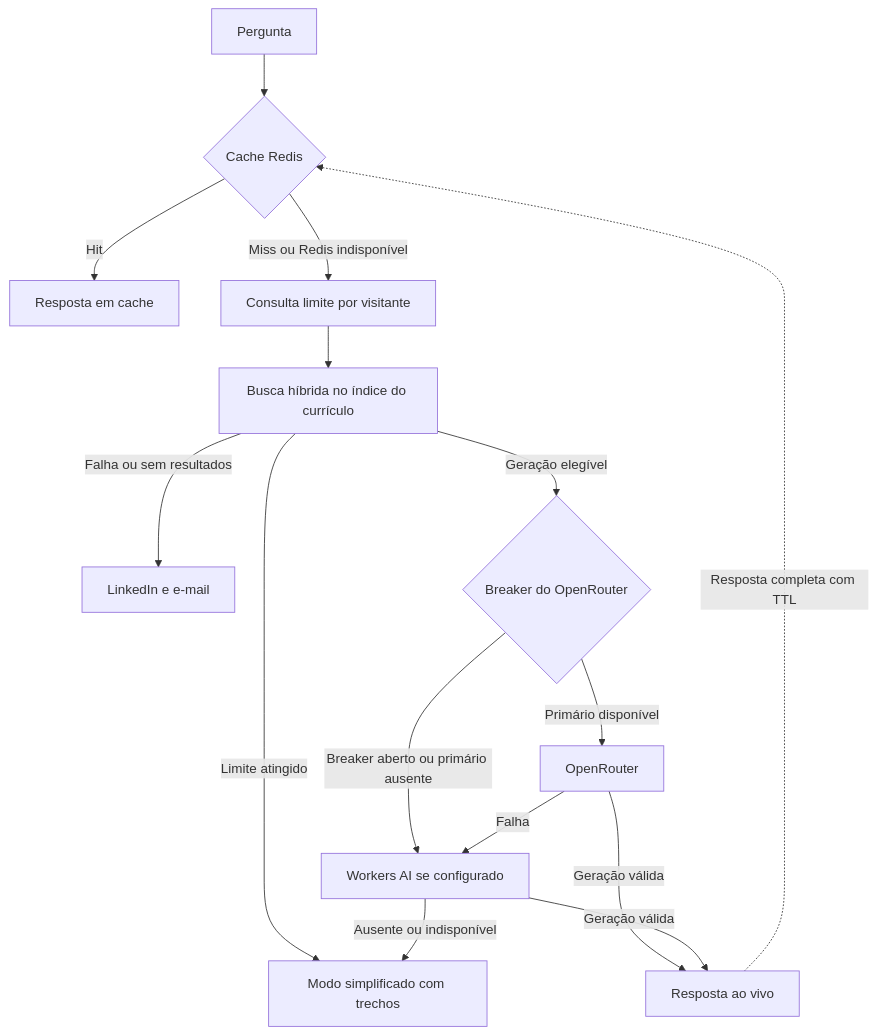
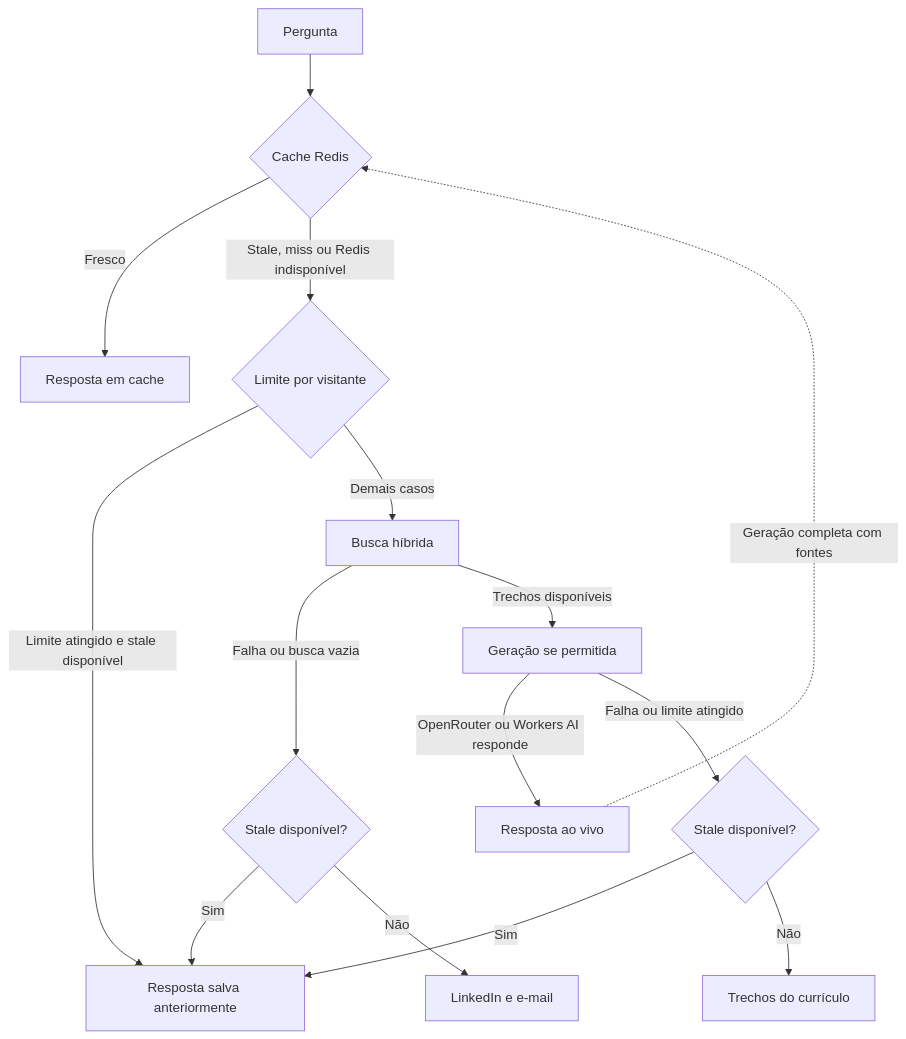
The diagram in README.md (ElessandroPrestes/elessandrodev), drawn with Mermaid before and after one commit. The commit also changed other lines of this file and 3 other files, not shown here.

````diff
--- a/README.md
+++ b/README.md
@@ -28,17 +28,17 @@
 ```mermaid
 flowchart TD
     Q[Pergunta] --> C{Cache Redis}
-    C -- Hit --> H[Resposta em cache]
-    C -- Miss ou Redis indisponível --> V[Consulta limite por visitante]
-    V --> R[Busca híbrida no índice do currículo]
-    R -- Falha ou sem resultados --> F[LinkedIn e e-mail]
-    R -- Limite atingido --> T[Modo simplificado com trechos]
-    R -- Geração elegível --> B{Breaker do OpenRouter}
-    B -- Primário disponível --> O[OpenRouter]
-    B -- Breaker aberto ou primário ausente --> A[Workers AI se configurado]
-    O -- Falha --> A
-    O -- Geração válida --> L[Resposta ao vivo]
-    A -- Geração válida --> L
-    A -- Ausente ou indisponível --> T
-    L -. Resposta completa com TTL .-> C
+    C -- Fresco --> H[Resposta em cache]
+    C -- Stale, miss ou Redis indisponível --> V{Limite por visitante}
+    V -- Limite atingido e stale disponível --> S[Resposta salva anteriormente]
+    V -- Demais casos --> R[Busca híbrida]
+    R -- Falha ou busca vazia --> F{Stale disponível?}
+    F -- Sim --> S
+    F -- Não --> K[LinkedIn e e-mail]
+    R -- Trechos disponíveis --> G[Geração se permitida]
+    G -- OpenRouter ou Workers AI responde --> L[Resposta ao vivo]
+    G -- Falha ou limite atingido --> D{Stale disponível?}
+    D -- Sim --> S
+    D -- Não --> T[Trechos do currículo]
+    L -. Geração completa com fontes .-> C
 ```
````
